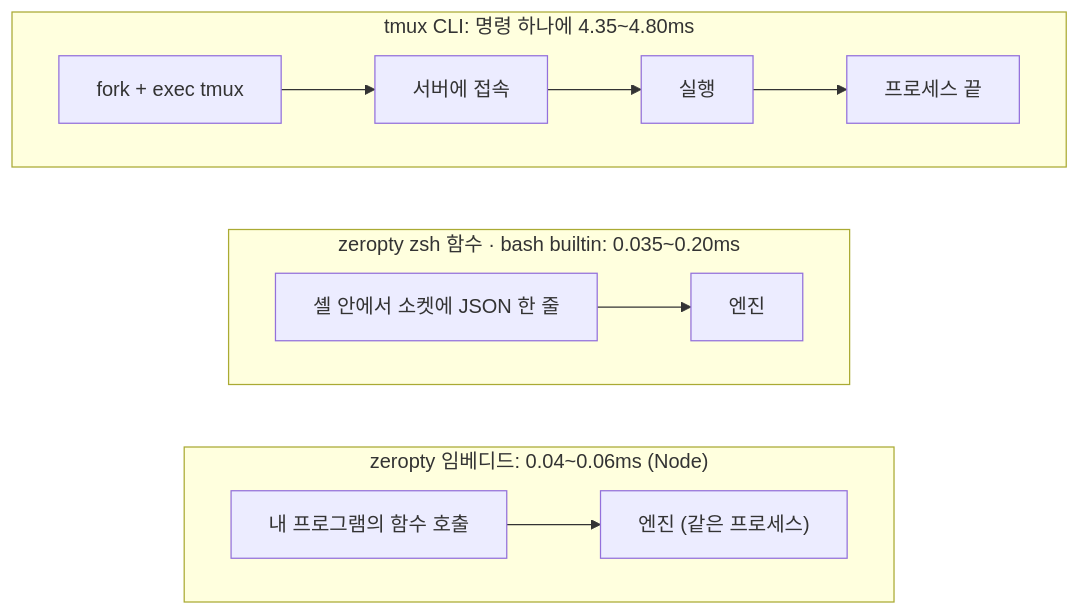
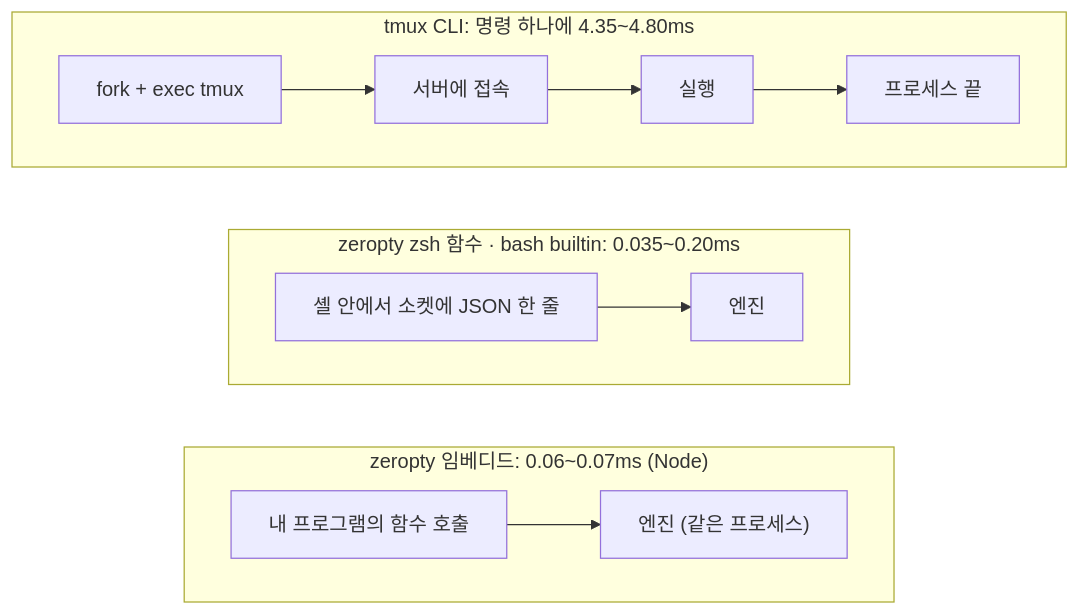
Before and after one commit to CreatiCoding/zeropty: the fifth of 5 diagrams in docs/ko/DESIGN.md, drawn with Mermaid. The commit also changed other lines of this file and 32 other files, not shown here.

````diff
--- a/docs/ko/DESIGN.md
+++ b/docs/ko/DESIGN.md
@@ -162,16 +162,16 @@
 ```mermaid
 flowchart TB
   subgraph tmux["tmux CLI: 명령 하나에 4.35~4.80ms"]
     direction LR
     t1["fork + exec tmux"] --> t2["서버에 접속"] --> t3["실행"] --> t4["프로세스 끝"]
   end
   subgraph zsh["zeropty zsh 함수 · bash builtin: 0.035~0.20ms"]
     direction LR
     z1["셸 안에서 소켓에 JSON 한 줄"] --> z2["엔진"]
   end
-  subgraph emb["zeropty 임베디드: 0.04~0.06ms (Node)"]
+  subgraph emb["zeropty 임베디드: 0.06~0.07ms (Node)"]
     direction LR
     e1["내 프로그램의 함수 호출"] --> e2["엔진 (같은 프로세스)"]
   end
   tmux ~~~ zsh ~~~ emb
 ```
````
